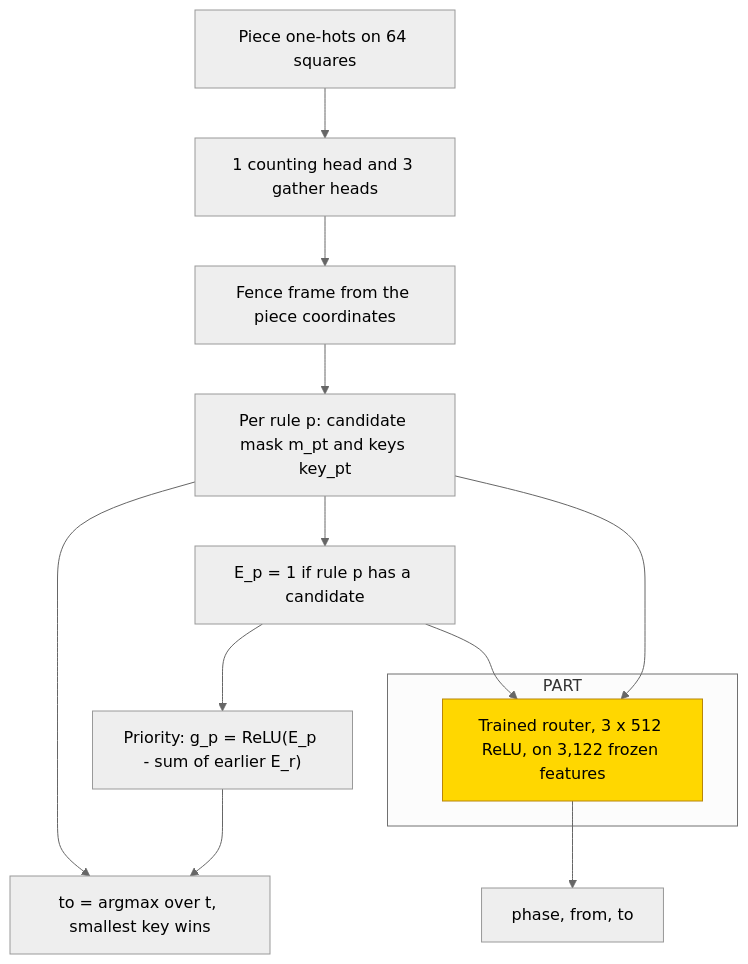
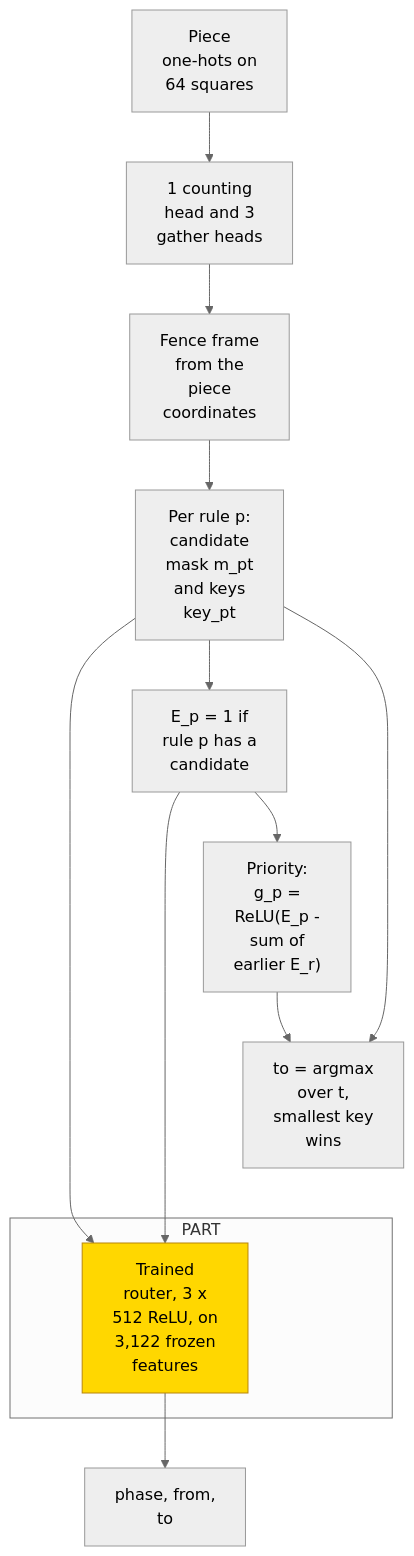
Before and after one commit to jc1122/mechanistic-interpretability-circuit-atlas: the first of 2 diagrams in entries/chess-krk.md, drawn with Mermaid (neutral theme). The commit also changed other lines of this file and 39 other files, not shown here.

````diff
--- a/entries/chess-krk.md
+++ b/entries/chess-krk.md
@@ -107,20 +107,22 @@
 ```mermaid
 flowchart TD
     accTitle: Hand-built fence policy and frozen-feature router
     accDescr: Piece indicators feed a fence frame, per-rule candidate masks and keys, and the first-applicable-rule selector. The smallest key selects the destination. PART replaces priority and selection with the marked trained router, which reads the frozen features.
-    P["Piece one-hots on 64 squares"] --> H["1 counting head and 3 gather heads"]
-    H --> F["Fence frame from the piece coordinates"]
-    F --> M["Per rule p: candidate mask m_pt and keys key_pt"]
-    M --> E["E_p = 1 if rule p has a candidate"]
-    E --> G["Priority: g_p = ReLU(E_p - sum of earlier E_r)"]
-    G --> T["to = argmax over t, smallest key wins"]
+    P["Piece<br/>one-hots on<br/>64 squares"] --> H["1 counting<br/>head and 3<br/>gather heads"]
+    H --> F["Fence frame<br/>from the<br/>piece<br/>coordinates"]
+    F --> M["Per rule p:<br/>candidate<br/>mask m_pt<br/>and keys<br/>key_pt"]
+    M --> E["E_p = 1 if<br/>rule p has a<br/>candidate"]
+    E --> G["Priority:<br/>g_p =<br/>ReLU(E_p -<br/>sum of<br/>earlier E_r)"]
+    G --> T["to = argmax<br/>over t,<br/>smallest key<br/>wins"]
     M --> T
     subgraph PR["PART"]
-        R["Trained router, 3 x 512 ReLU, on 3,122 frozen features"]
+        R["Trained<br/>router, 3 x<br/>512 ReLU, on<br/>3,122 frozen<br/>features"]
     end
     M --> R
     E --> R
-    R --> O["phase, from, to"]
+    R --> O["phase, from,<br/>to"]
     classDef trained fill:gold,stroke:darkgoldenrod,color:black
     class R trained
+    %% Invisible links constrain vertical layout only, not computation.
+    T ~~~ R
 ```
````
